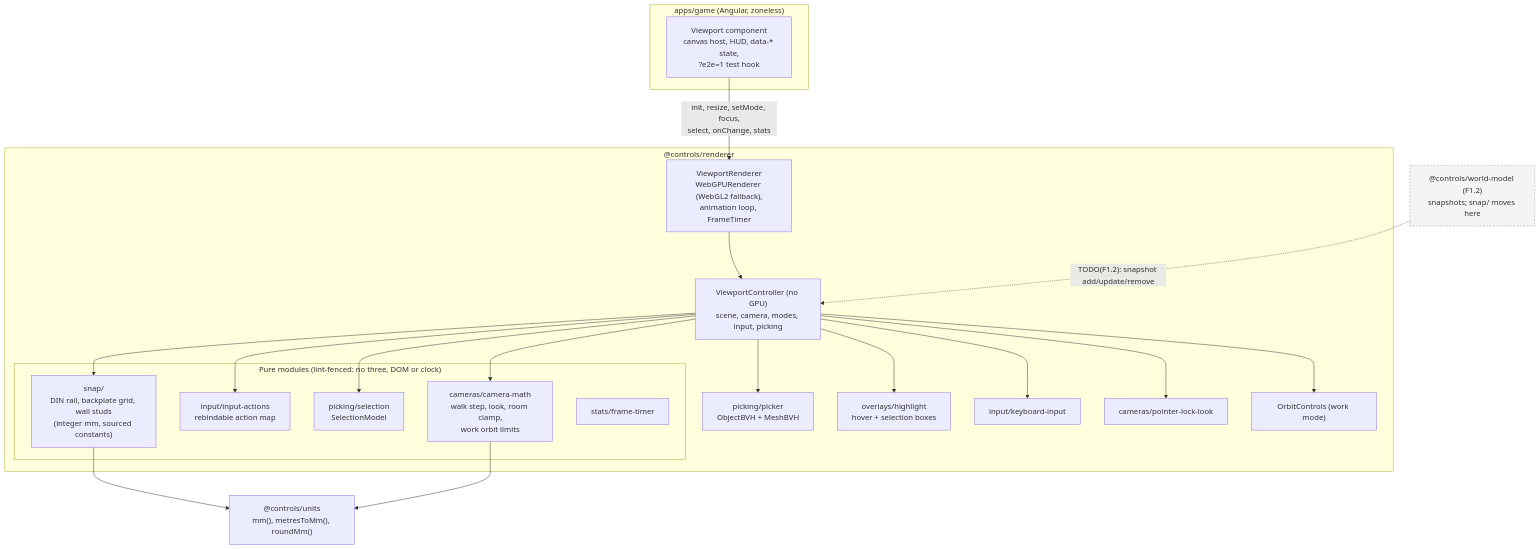
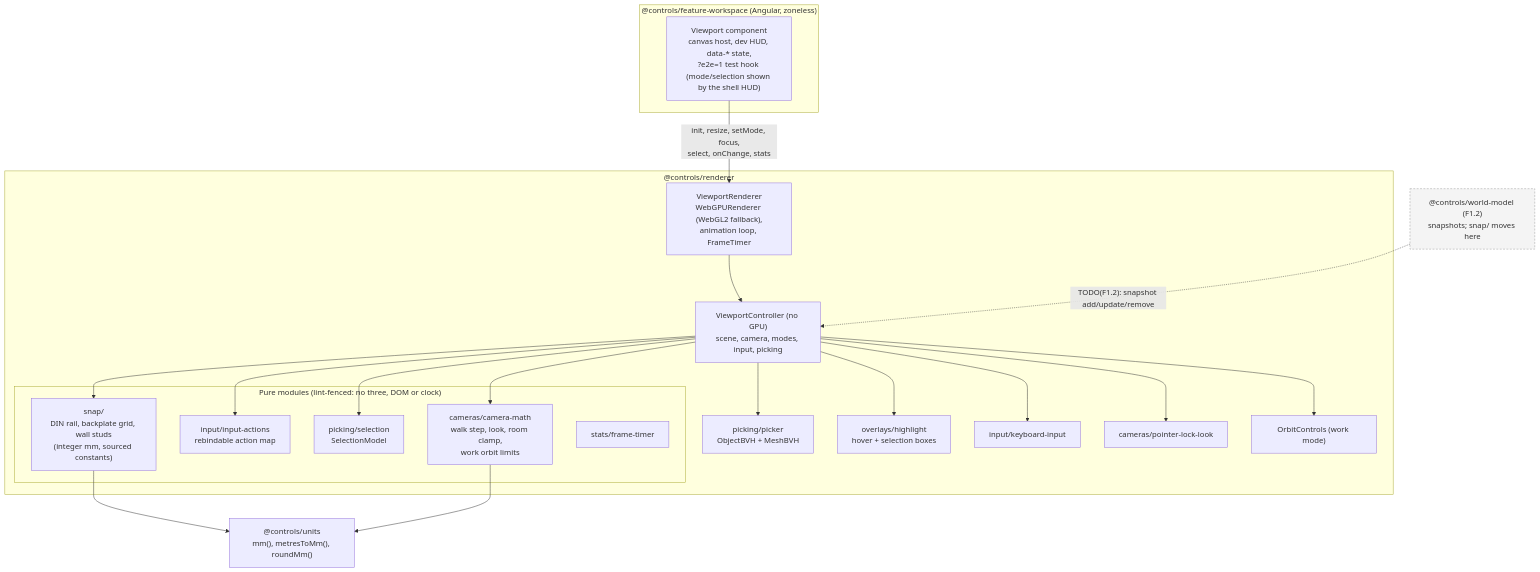
One commit to joebarbere/controls changed the first of 3 diagrams in docs/architecture/rendering.md. Above: the diagram before and after it, drawn with Mermaid. The commit also changed 116 other files, not shown here.

First line of the commit message:
feat(shell): F1.1 shell UI, workspace, settings persistence (#5)

````diff
--- a/docs/architecture/rendering.md
+++ b/docs/architecture/rendering.md
@@ -9,35 +9,35 @@
 ```mermaid
 flowchart TB
-    subgraph angular["apps/game (Angular, zoneless)"]
-        VP["Viewport component<br/>canvas host, HUD, data-* state,<br/>?e2e=1 test hook"]
+    subgraph angular["@controls/feature-workspace (Angular, zoneless)"]
+        VP["Viewport component<br/>canvas host, dev HUD, data-* state,<br/>?e2e=1 test hook (mode/selection shown by the shell HUD)"]
     end
 
     subgraph renderer["@controls/renderer"]
         VR["ViewportRenderer<br/>WebGPURenderer (WebGL2 fallback),<br/>animation loop, FrameTimer"]
         VC["ViewportController (no GPU)<br/>scene, camera, modes, input, picking"]
         subgraph pure["Pure modules (lint-fenced: no three, DOM or clock)"]
             CM["cameras/camera-math<br/>walk step, look, room clamp,<br/>work orbit limits"]
             IA["input/input-actions<br/>rebindable action map"]
             SEL["picking/selection<br/>SelectionModel"]
             SNAP["snap/<br/>DIN rail, backplate grid, wall studs<br/>(integer mm, sourced constants)"]
             FT["stats/frame-timer"]
         end
         PK["picking/picker<br/>ObjectBVH + MeshBVH"]
         HL["overlays/highlight<br/>hover + selection boxes"]
         KB["input/keyboard-input"]
         PL["cameras/pointer-lock-look"]
         OC["OrbitControls (work mode)"]
     end
 
     UNITS["@controls/units<br/>mm(), metresToMm(), roundMm()"]
     WM["@controls/world-model (F1.2)<br/>snapshots; snap/ moves here"]:::later
 
     VP -->|"init, resize, setMode, focus,<br/>select, onChange, stats"| VR
     VR --> VC
     VC --> CM & IA & SEL & PK & HL & KB & PL & OC
     VC --> SNAP
     SNAP --> UNITS
     CM --> UNITS
     WM -.->|"TODO(F1.2): snapshot add/update/remove"| VC
     classDef later fill:#f4f4f4,stroke:#999,stroke-dasharray: 4 3;
 ```
````
